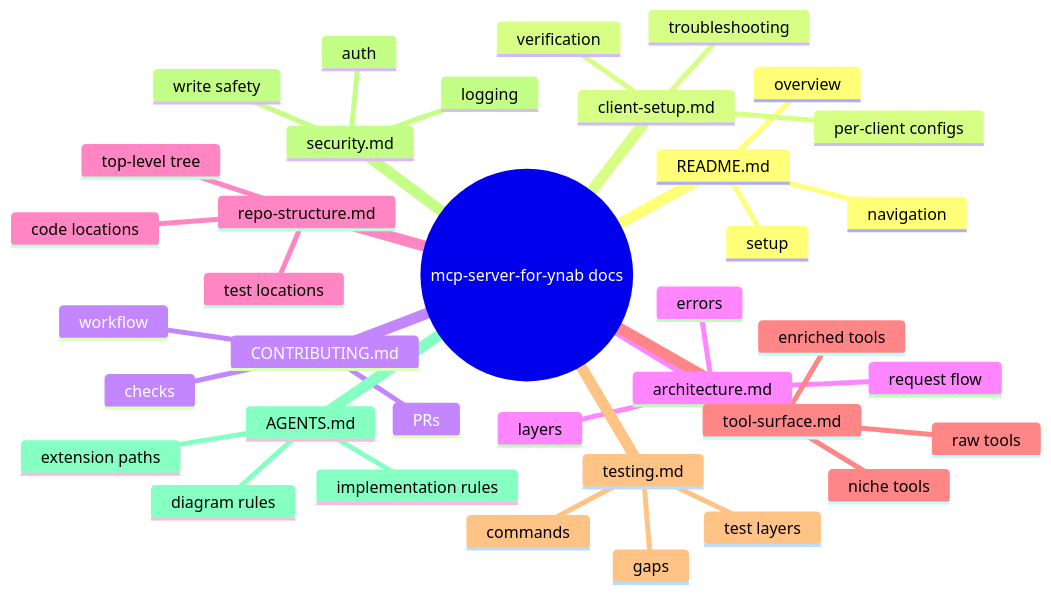
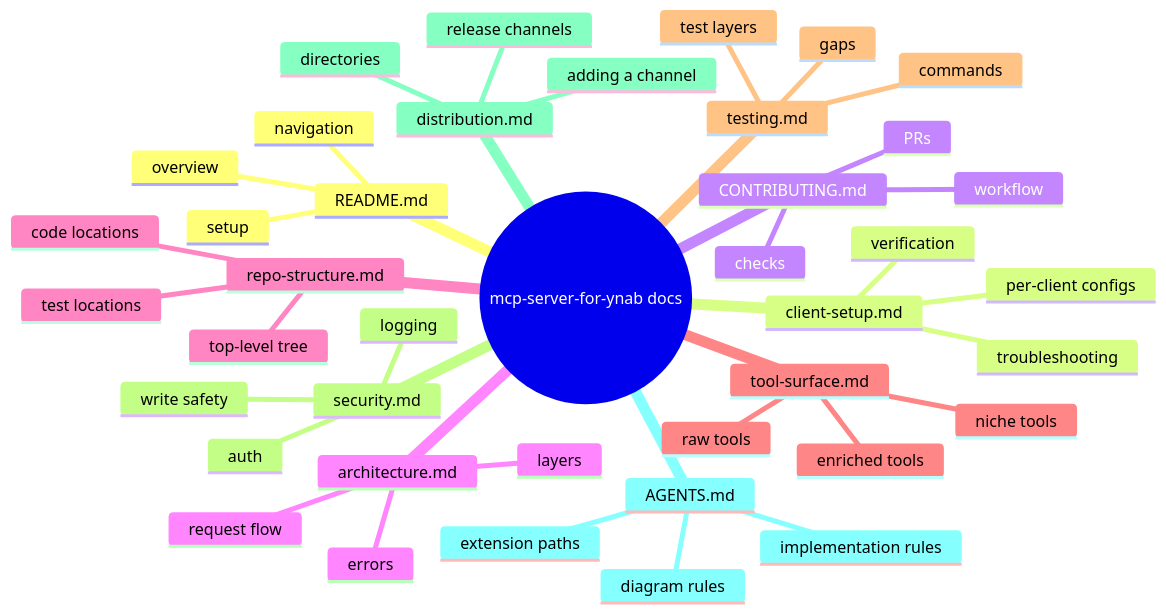
Before and after one commit to hs737/mcp-server-for-ynab: the diagram in docs/README.md, drawn with Mermaid. The commit also changed 2 other files, not shown here.

Commit message:
Document the distribution channels, and list on awesome-ynab
Records where this server is published, which channels a release updates
on its own, and which need a person.

The two rules at the end are the ones this work actually taught: generate
anything carrying a version number, because a hand-maintained copy drifts
into an install surface that quietly fetches the previous release; and
validate against the real service rather than a local schema copy, because
the MCP Registry rejected the first server.json for a description over a
100-character limit that no local linting would have known about.

Also notes what mcpservers.org and PulseMCP need, since both are web forms
with no API or pull-request path, and keeps the exact submission text here
so those listings stay consistent with the rest.

A pull request adding this server to awesome-ynab is open separately.

````diff
--- a/docs/README.md
+++ b/docs/README.md
@@ -18,40 +18,44 @@
 ```mermaid
 mindmap
   root((mcp-server-for-ynab docs))
     README.md
       setup
       overview
       navigation
     client-setup.md
       per-client configs
       verification
       troubleshooting
     CONTRIBUTING.md
       workflow
       PRs
       checks
     architecture.md
       layers
       request flow
       errors
     repo-structure.md
       top-level tree
       code locations
       test locations
     tool-surface.md
       raw tools
       enriched tools
       niche tools
     testing.md
       test layers
       commands
       gaps
     security.md
       auth
       logging
       write safety
+    distribution.md
+      release channels
+      directories
+      adding a channel
     AGENTS.md
       implementation rules
       extension paths
       diagram rules
 ```
````
